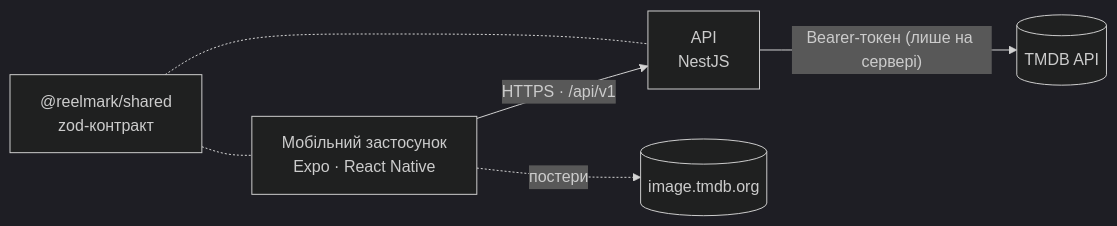
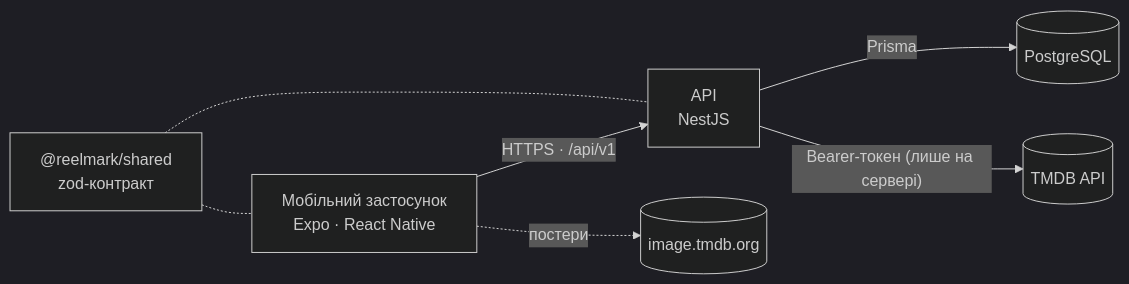
The diagram in README.uk.md (IvanProts/reelmark), drawn with Mermaid (dark theme) before and after one commit. The commit also changed other lines of this file and 15 other files, not shown here.

````diff
--- a/README.uk.md
+++ b/README.uk.md
@@ -43,8 +48,9 @@
 ```mermaid
 flowchart LR
     App["Мобільний застосунок<br/>Expo · React Native"] -- "HTTPS · /api/v1" --> API["API<br/>NestJS"]
+    API -- "Prisma" --> DB[("PostgreSQL")]
     API -- "Bearer-токен (лише на сервері)" --> TMDB[("TMDB API")]
     App -. "постери" .-> CDN[("image.tmdb.org")]
     Shared["@reelmark/shared<br/>zod-контракт"] -.- App
     Shared -.- API
 ```
````
